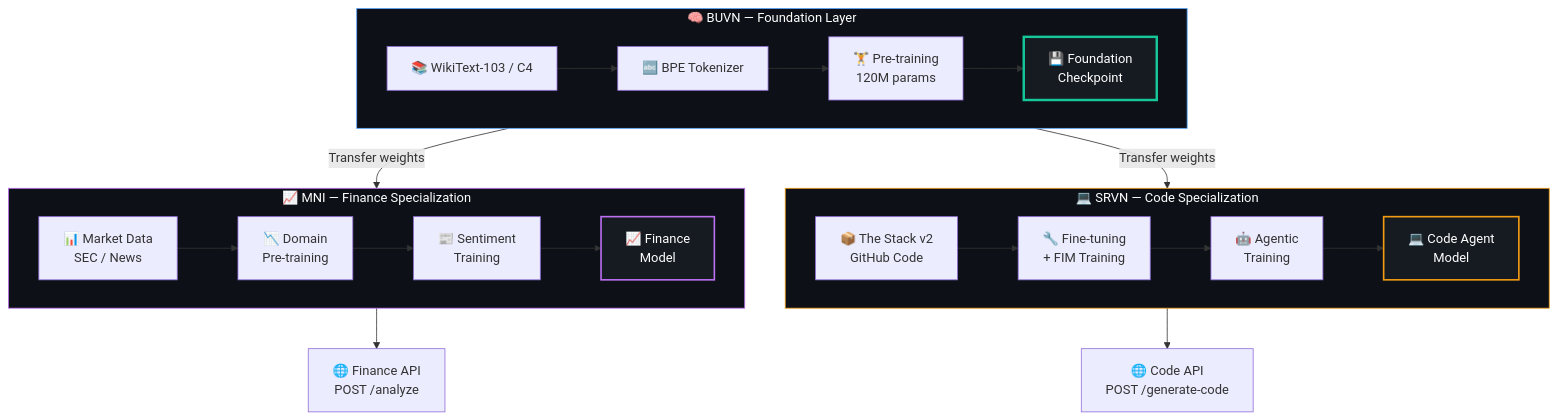
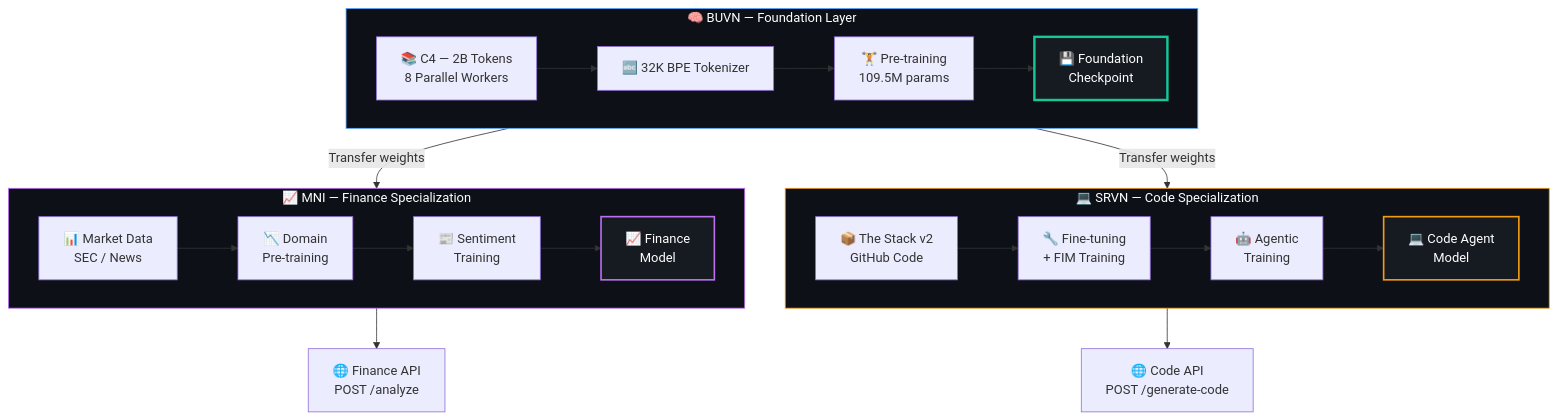
Before and after one commit to bhuvan0808/beuvian: the second of 2 diagrams in README.md, drawn with Mermaid. The commit also changed other lines of this file and 2 other files, not shown here.

````diff
--- a/README.md
+++ b/README.md
@@ -584,36 +615,36 @@
 ```mermaid
 graph TB
     subgraph FOUNDATION["🧠 BUVN — Foundation Layer"]
         direction LR
-        D1["📚 WikiText-103 / C4"] --> T1["🔤 BPE Tokenizer"]
-        T1 --> PT["🏋️ Pre-training<br/>120M params"]
+        D1["📚 C4 — 2B Tokens<br/>8 Parallel Workers"] --> T1["🔤 32K BPE Tokenizer"]
+        T1 --> PT["🏋️ Pre-training<br/>109.5M params"]
         PT --> CKPT["💾 Foundation<br/>Checkpoint"]
     end
 
     subgraph CODE["💻 SRVN — Code Specialization"]
         direction LR
         D2["📦 The Stack v2<br/>GitHub Code"] --> FT1["🔧 Fine-tuning<br/>+ FIM Training"]
         FT1 --> AG["🤖 Agentic<br/>Training"]
         AG --> SRVN_OUT["💻 Code Agent<br/>Model"]
     end
 
     subgraph FINANCE["📈 MNI — Finance Specialization"]
         direction LR
         D3["📊 Market Data<br/>SEC / News"] --> FT2["📉 Domain<br/>Pre-training"]
         FT2 --> ST["📰 Sentiment<br/>Training"]
         ST --> MNI_OUT["📈 Finance<br/>Model"]
     end
 
     CKPT -->|Transfer weights| FT1
     CKPT -->|Transfer weights| FT2
 
     SRVN_OUT --> API1["🌐 Code API<br/>POST /generate-code"]
     MNI_OUT --> API2["🌐 Finance API<br/>POST /analyze"]
 
     style FOUNDATION fill:#0d1117,stroke:#58a6ff,color:#fff
     style CODE fill:#0d1117,stroke:#f39c12,color:#fff
     style FINANCE fill:#0d1117,stroke:#bc6ff1,color:#fff
     style CKPT fill:#161b22,stroke:#16c79a,color:#fff,stroke-width:3px
     style SRVN_OUT fill:#161b22,stroke:#f39c12,color:#fff,stroke-width:2px
     style MNI_OUT fill:#161b22,stroke:#bc6ff1,color:#fff,stroke-width:2px
 ```
````
